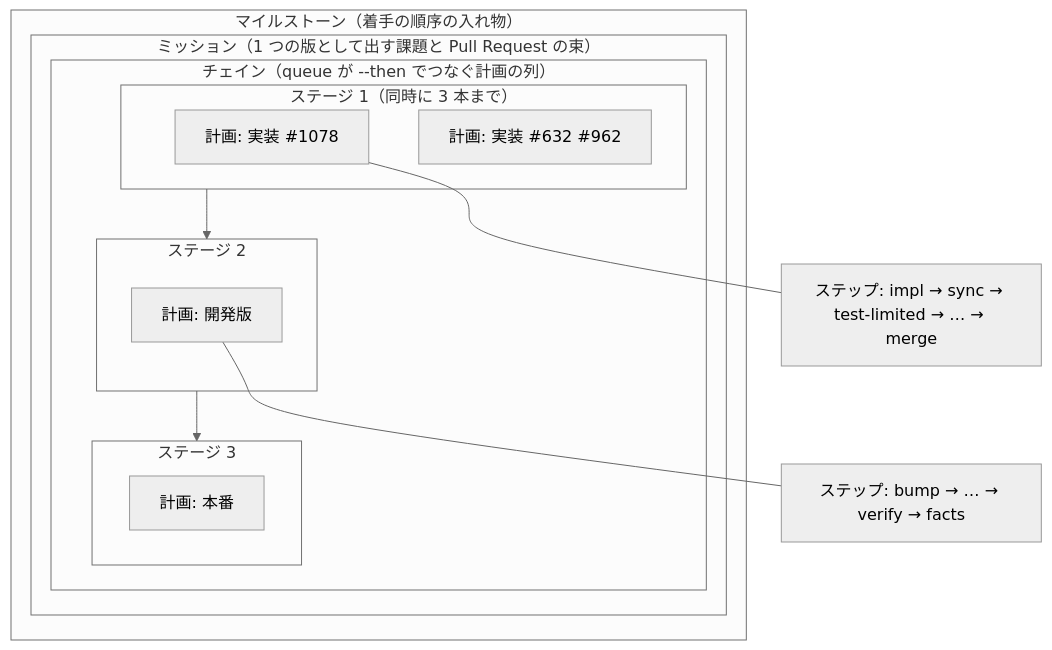
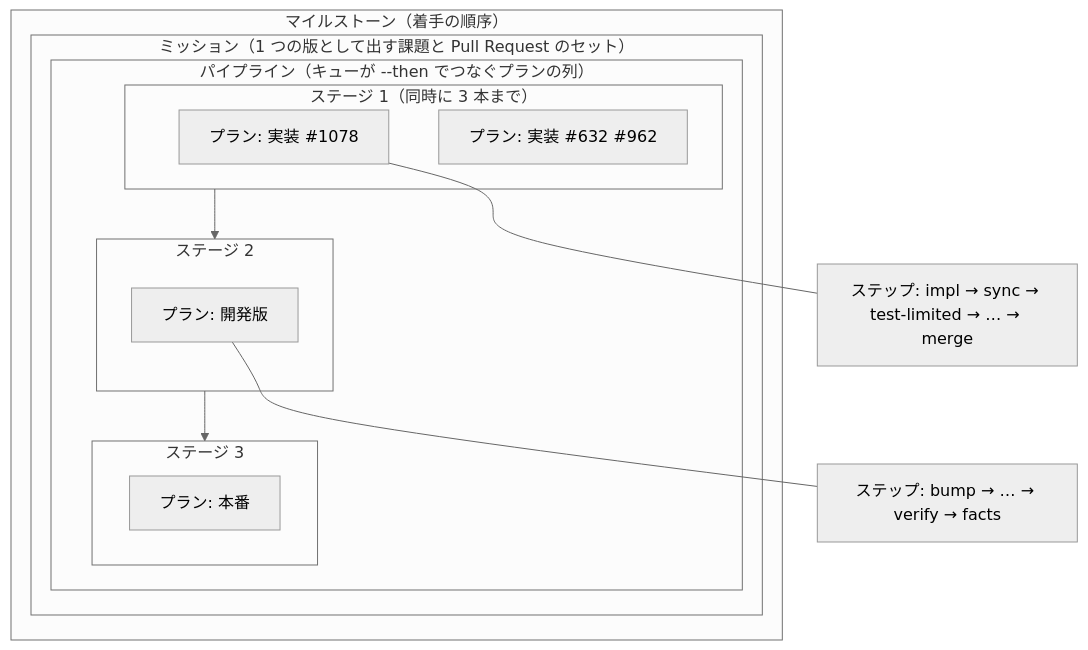
Before and after one commit to devbasex/ai-plugins: the diagram in plugins/ndf/skills/development-workflow/references/glossary.md, drawn with Mermaid (neutral theme). The commit also changed other lines of this file, not shown here.

````diff
--- a/plugins/ndf/skills/development-workflow/references/glossary.md
+++ b/plugins/ndf/skills/development-workflow/references/glossary.md
@@ -29,22 +29,22 @@
 ```mermaid
 flowchart TB
-    subgraph MS["マイルストーン（着手の順序の入れ物）"]
-        subgraph MI["ミッション（1 つの版として出す課題と Pull Request の束）"]
-            subgraph CH["チェイン（queue が --then でつなぐ計画の列）"]
+    subgraph MS["マイルストーン（着手の順序）"]
+        subgraph MI["ミッション（1 つの版として出す課題と Pull Request のセット）"]
+            subgraph CH["パイプライン（キューが --then でつなぐプランの列）"]
                 subgraph T1["ステージ 1（同時に 3 本まで）"]
-                    P1["計画: 実装 #1078"]
-                    P2["計画: 実装 #632 #962"]
+                    P1["プラン: 実装 #1078"]
+                    P2["プラン: 実装 #632 #962"]
                 end
                 subgraph T2["ステージ 2"]
-                    P3["計画: 開発版"]
+                    P3["プラン: 開発版"]
                 end
                 subgraph T3["ステージ 3"]
-                    P4["計画: 本番"]
+                    P4["プラン: 本番"]
                 end
                 T1 --> T2 --> T3
             end
         end
     end
     P1 --- S1["ステップ: impl → sync → test-limited → … → merge"]
     P3 --- S3["ステップ: bump → … → verify → facts"]
 ```
````
